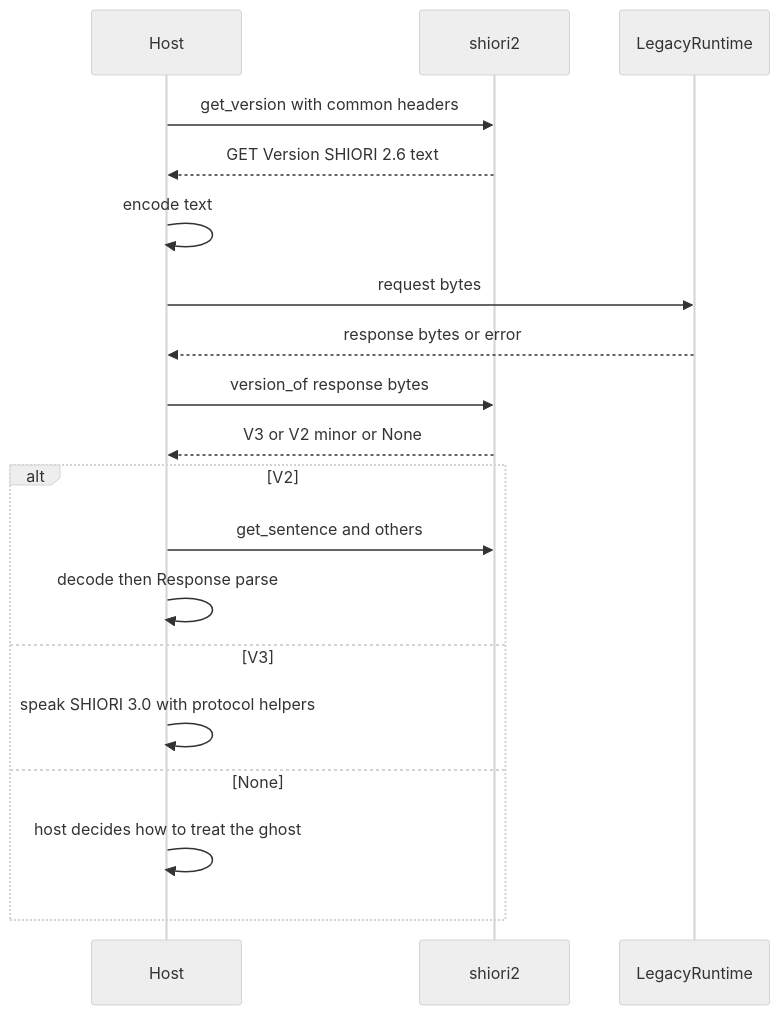
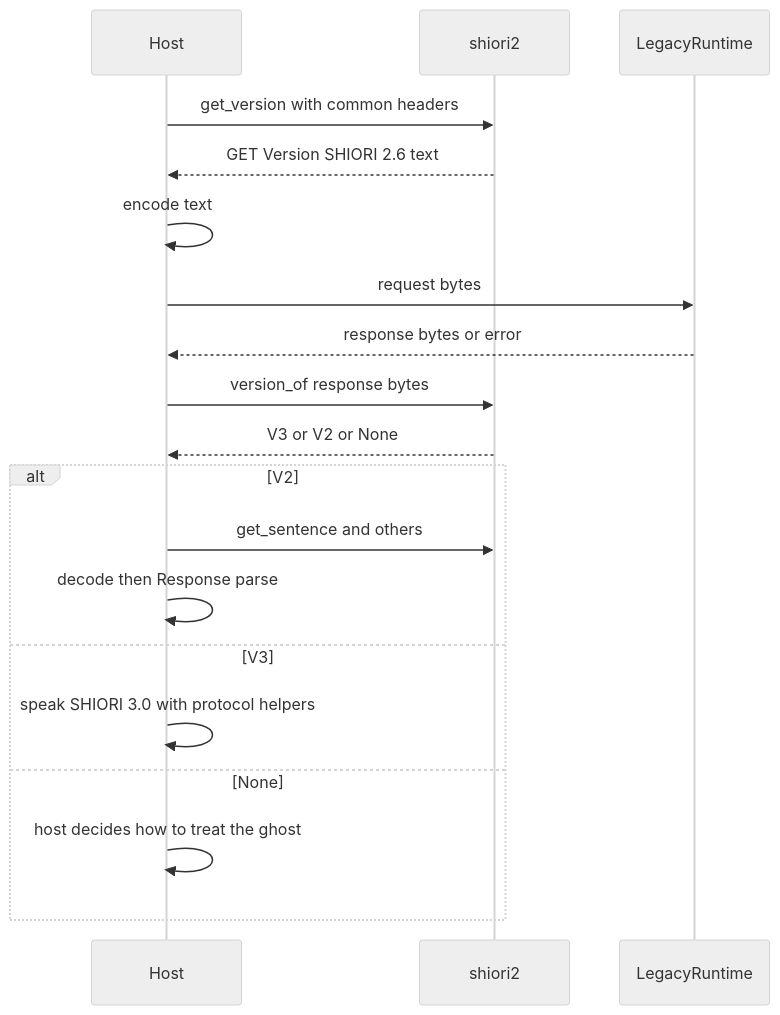
The second of 2 diagrams in .kiro/specs/shiori2-helpers/design.md (ekicyou/shiori4), drawn with Mermaid (neutral theme) before and after one commit. The commit also changed 2 other files, not shown here.

Commit message:
chore(shiori2-helpers): generate and approve tasks (tasks.md)

````diff
--- a/.kiro/specs/shiori2-helpers/design.md
+++ b/.kiro/specs/shiori2-helpers/design.md
@@ -110,21 +110,21 @@
 ```mermaid
 sequenceDiagram
     participant H as Host
     participant S as shiori2
     participant L as LegacyRuntime
     H->>S: get_version with common headers
     S-->>H: GET Version SHIORI 2.6 text
     H->>H: encode text
     H->>L: request bytes
     L-->>H: response bytes or error
     H->>S: version_of response bytes
-    S-->>H: V3 or V2 minor or None
+    S-->>H: V3 or V2 or None
     alt V2
         H->>S: get_sentence and others
         H->>H: decode then Response parse
     else V3
         H->>H: speak SHIORI 3.0 with protocol helpers
     else None
         H->>H: host decides how to treat the ghost
     end
 ```
````
